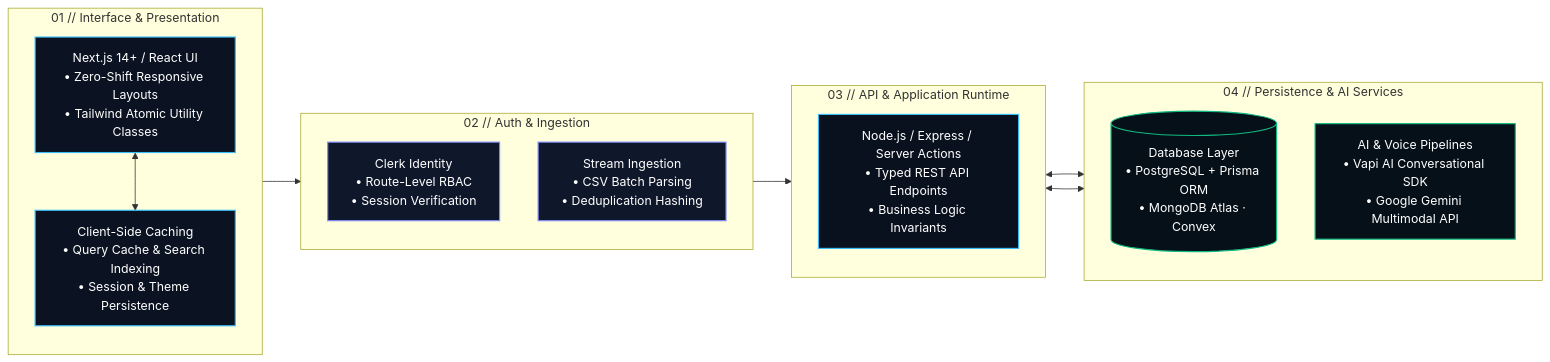
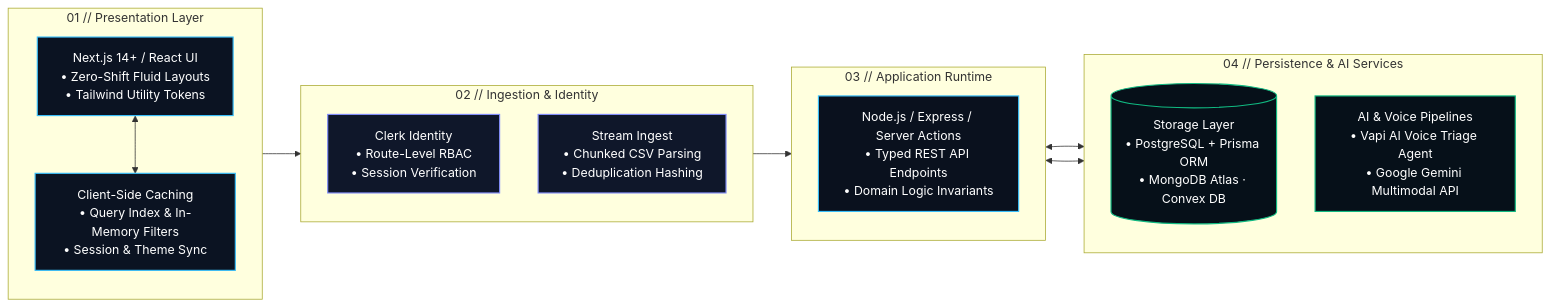
The diagram in README.md (amandubey923/amandubey923), drawn with Mermaid before and after one commit. The commit also changed other lines of this file, not shown here.

````diff
--- a/README.md
+++ b/README.md
@@ -235,41 +313,41 @@
 ```mermaid
 flowchart LR
-    subgraph CLIENT["01 // Interface & Presentation"]
+    subgraph CLIENT["01 // Presentation Layer"]
         direction TB
-        UI["Next.js 14+ / React UI<br/>• Zero-Shift Responsive Layouts<br/>• Tailwind Atomic Utility Classes"]
-        CACHE["Client-Side Caching<br/>• Query Cache & Search Indexing<br/>• Session & Theme Persistence"]
+        UI["Next.js 14+ / React UI<br/>• Zero-Shift Fluid Layouts<br/>• Tailwind Utility Tokens"]
+        CACHE["Client-Side Caching<br/>• Query Index & In-Memory Filters<br/>• Session & Theme Sync"]
         UI <--> CACHE
     end
 
-    subgraph SECURITY["02 // Auth & Ingestion"]
+    subgraph SECURITY["02 // Ingestion & Identity"]
         direction TB
         AUTH["Clerk Identity<br/>• Route-Level RBAC<br/>• Session Verification"]
-        STREAM["Stream Ingestion<br/>• CSV Batch Parsing<br/>• Deduplication Hashing"]
+        STREAM["Stream Ingest<br/>• Chunked CSV Parsing<br/>• Deduplication Hashing"]
     end
 
-    subgraph BACKEND["03 // API & Application Runtime"]
+    subgraph BACKEND["03 // Application Runtime"]
         direction TB
-        API["Node.js / Express / Server Actions<br/>• Typed REST API Endpoints<br/>• Business Logic Invariants"]
+        API["Node.js / Express / Server Actions<br/>• Typed REST API Endpoints<br/>• Domain Logic Invariants"]
     end
 
     subgraph DATA_SERVICES["04 // Persistence & AI Services"]
         direction TB
-        DB[("Database Layer<br/>• PostgreSQL + Prisma ORM<br/>• MongoDB Atlas · Convex")]
-        AI["AI & Voice Pipelines<br/>• Vapi AI Conversational SDK<br/>• Google Gemini Multimodal API"]
+        DB[("Storage Layer<br/>• PostgreSQL + Prisma ORM<br/>• MongoDB Atlas · Convex DB")]
+        AI["AI & Voice Pipelines<br/>• Vapi AI Voice Triage Agent<br/>• Google Gemini Multimodal API"]
     end
 
     CLIENT --> SECURITY
     SECURITY --> BACKEND
     BACKEND <--> DB
     BACKEND <--> AI
 
     classDef clientStyle fill:#0B1322,stroke:#38BDF8,stroke-width:1.5px,color:#FFFFFF;
     classDef secStyle fill:#0F172A,stroke:#818CF8,stroke-width:1.5px,color:#FFFFFF;
     classDef backStyle fill:#0A111E,stroke:#38BDF8,stroke-width:1.5px,color:#FFFFFF;
     classDef dataStyle fill:#061019,stroke:#10B981,stroke-width:1.5px,color:#FFFFFF;
 
     class UI,CACHE clientStyle;
     class AUTH,STREAM secStyle;
     class API backStyle;
     class DB,AI dataStyle;
 ```
````
